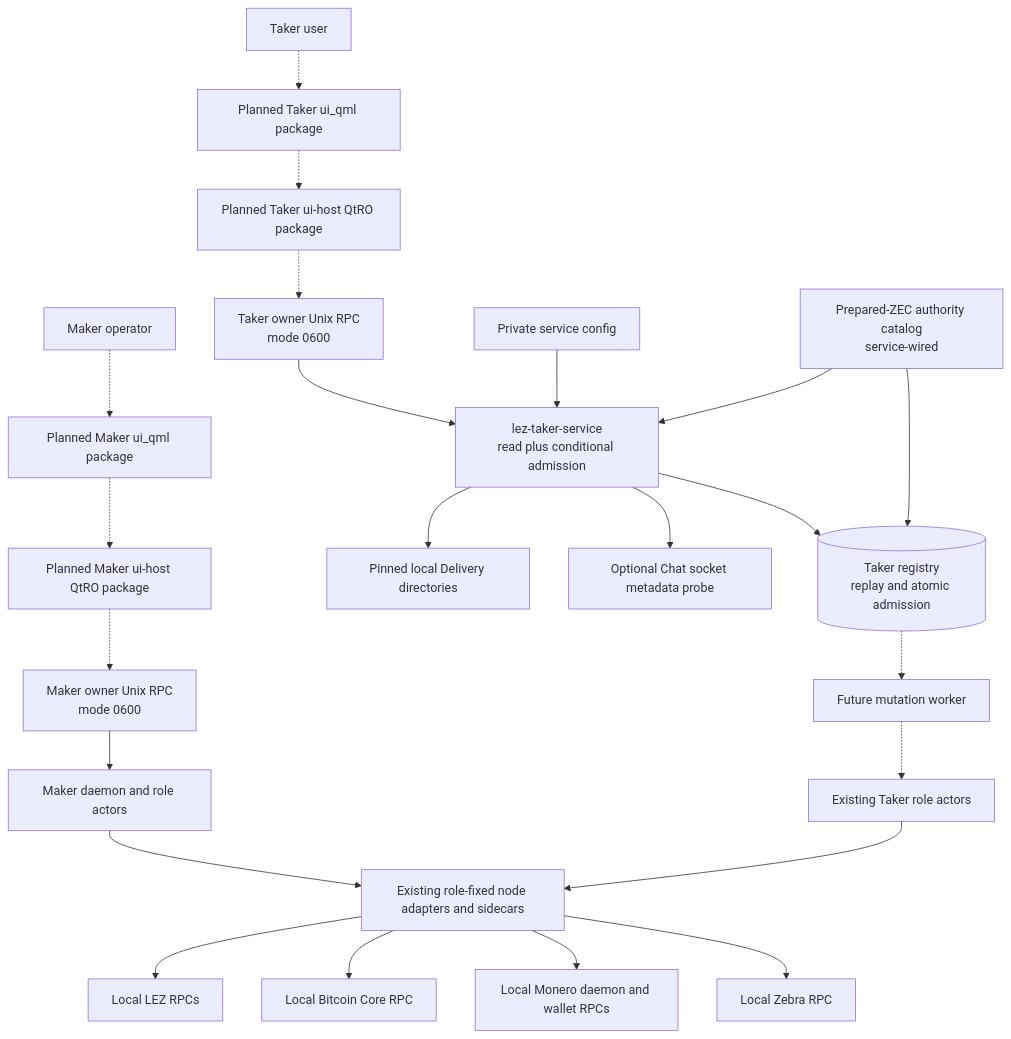
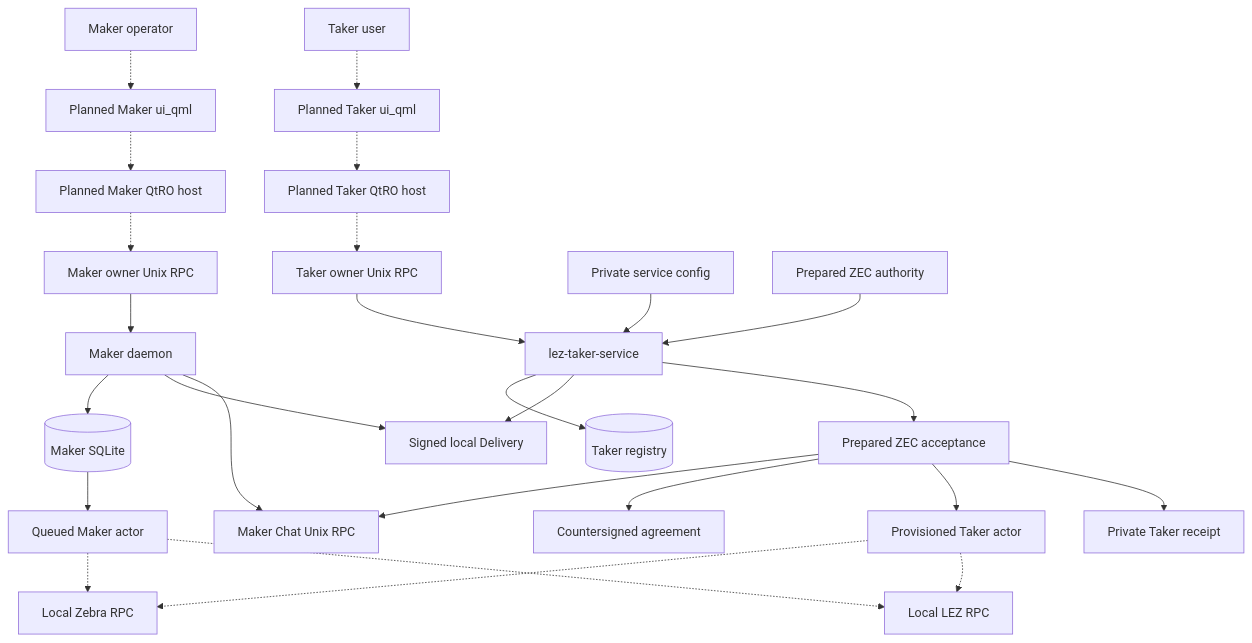
Before and after one commit to gateway-fm/lez-atomic-swaps: the second of 24 diagrams in docs/architecture/deployment-components-and-rpcs.md, drawn with Mermaid. The commit also changed other lines of this file and 9 other files, not shown here.

Commit message:
docs(m6): explain prepared ZEC acceptance

````diff
--- a/docs/architecture/deployment-components-and-rpcs.md
+++ b/docs/architecture/deployment-components-and-rpcs.md
@@ -78,27 +79,30 @@
 ```mermaid
 flowchart TB
-    Maker["Maker operator"] -.-> MakerQml["Planned Maker ui_qml package"]
-    MakerQml -.-> MakerHost["Planned Maker ui-host QtRO package"]
-    MakerHost -.-> OwnerRpc["Maker owner Unix RPC<br/>mode 0600"]
-    OwnerRpc --> MakerDaemon["Maker daemon and role actors"]
+    Maker["Maker operator"] -.-> MakerQml["Planned Maker ui_qml"]
+    MakerQml -.-> MakerHost["Planned Maker QtRO host"]
+    MakerHost -.-> OwnerRpc["Maker owner Unix RPC"]
+    OwnerRpc --> MakerDaemon["Maker daemon"]
+    MakerDaemon --> MakerDb[("Maker SQLite")]
+    MakerDaemon --> Delivery["Signed local Delivery"]
+    MakerDaemon --> Chat["Maker Chat Unix RPC"]
 
-    Taker["Taker user"] -.-> TakerQml["Planned Taker ui_qml package"]
-    TakerQml -.-> TakerHost["Planned Taker ui-host QtRO package"]
-    TakerHost -.-> TakerSocket["Taker owner Unix RPC<br/>mode 0600"]
-    TakerSocket --> TakerService["lez-taker-service<br/>read plus conditional admission"]
-    TakerConfig["Private service config"] --> TakerService
-    PreparedConfig["Prepared-ZEC authority catalog<br/>service-wired"] --> TakerService
-    PreparedConfig --> Registry
-    TakerService --> Delivery["Pinned local Delivery directories"]
-    TakerService --> ChatProbe["Optional Chat socket metadata probe"]
-    TakerService --> Registry[("Taker registry<br/>replay and atomic admission")]
-    Registry -.-> Worker["Future mutation worker"]
-    Worker -.-> TakerActors["Existing Taker role actors"]
+    Taker["Taker user"] -.-> TakerQml["Planned Taker ui_qml"]
+    TakerQml -.-> TakerHost["Planned Taker QtRO host"]
+    TakerHost -.-> TakerSocket["Taker owner Unix RPC"]
+    TakerSocket --> Service["lez-taker-service"]
+    Config["Private service config"] --> Service
+    Prepared["Prepared ZEC authority"] --> Service
+    Service --> Registry[("Taker registry")]
+    Service --> Delivery
+    Service --> Accept["Prepared ZEC acceptance"]
+    Accept --> Chat
+    Accept --> Agreement["Countersigned agreement"]
+    Accept --> TakerActor["Provisioned Taker actor"]
+    Accept --> Receipt["Private Taker receipt"]
+    MakerDb --> MakerActor["Queued Maker actor"]
 
-    MakerDaemon --> NodeAdapters["Existing role-fixed node adapters and sidecars"]
-    TakerActors --> NodeAdapters
-    NodeAdapters --> Lez["Local LEZ RPCs"]
-    NodeAdapters --> Bitcoin["Local Bitcoin Core RPC"]
-    NodeAdapters --> Monero["Local Monero daemon and wallet RPCs"]
-    NodeAdapters --> Zcash["Local Zebra RPC"]
+    MakerActor -.-> Zebra["Local Zebra RPC"]
+    MakerActor -.-> Lez["Local LEZ RPC"]
+    TakerActor -.-> Zebra
+    TakerActor -.-> Lez
 ```
````
